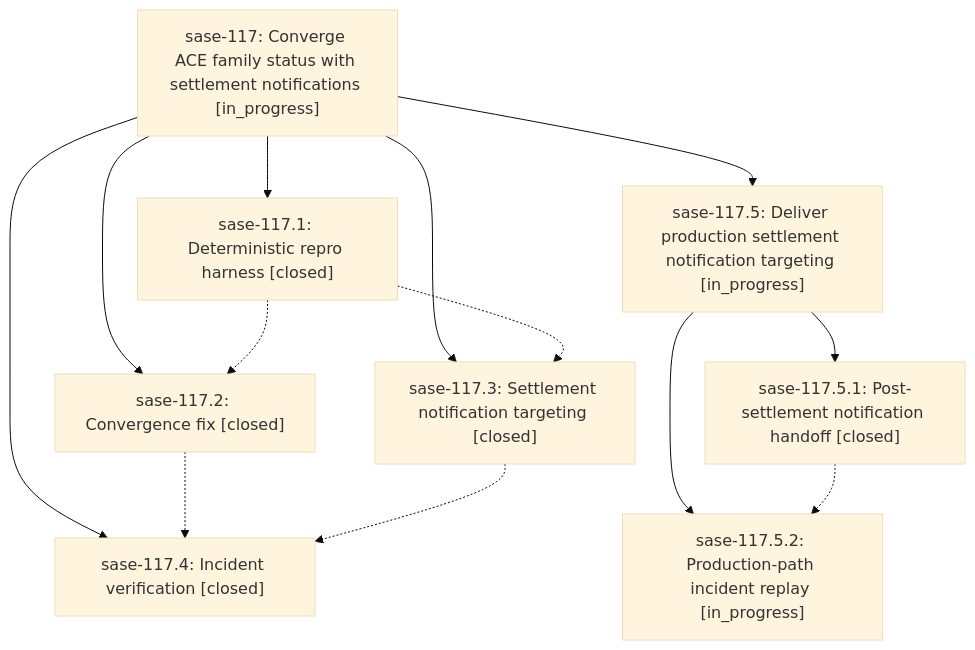
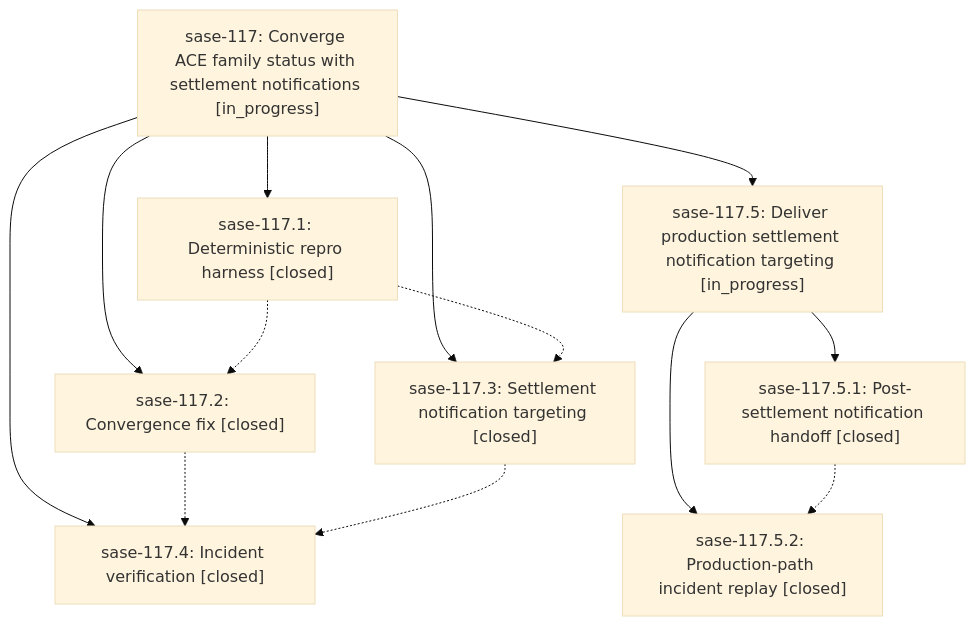
The diagram in pages/sase-117/README.md (sase-org/sase--beads), drawn with Mermaid (base theme) before and after one commit. The commit also changed other lines of this file and 2 other files, not shown here.

First line of the commit message:
chore(beads): sync bead state and pages for sase-117

````diff
--- a/pages/sase-117/README.md
+++ b/pages/sase-117/README.md
@@ -29,23 +29,23 @@
 ```mermaid
 flowchart TD
     n0["sase-117: Converge ACE family status with settlement notifications [in_progress]"]
     n1["sase-117.1: Deterministic repro harness [closed]"]
     n2["sase-117.2: Convergence fix [closed]"]
     n3["sase-117.3: Settlement notification targeting [closed]"]
     n4["sase-117.4: Incident verification [closed]"]
     n5["sase-117.5: Deliver production settlement notification targeting [in_progress]"]
     n6["sase-117.5.1: Post-settlement notification handoff [closed]"]
-    n7["sase-117.5.2: Production-path incident replay [in_progress]"]
+    n7["sase-117.5.2: Production-path incident replay [closed]"]
     n0 --> n1
     n0 --> n2
     n0 --> n3
     n0 --> n4
     n0 --> n5
     n5 --> n6
     n5 --> n7
     n1 -.-> n2
     n1 -.-> n3
     n2 -.-> n4
     n3 -.-> n4
     n6 -.-> n7
 ```
````
